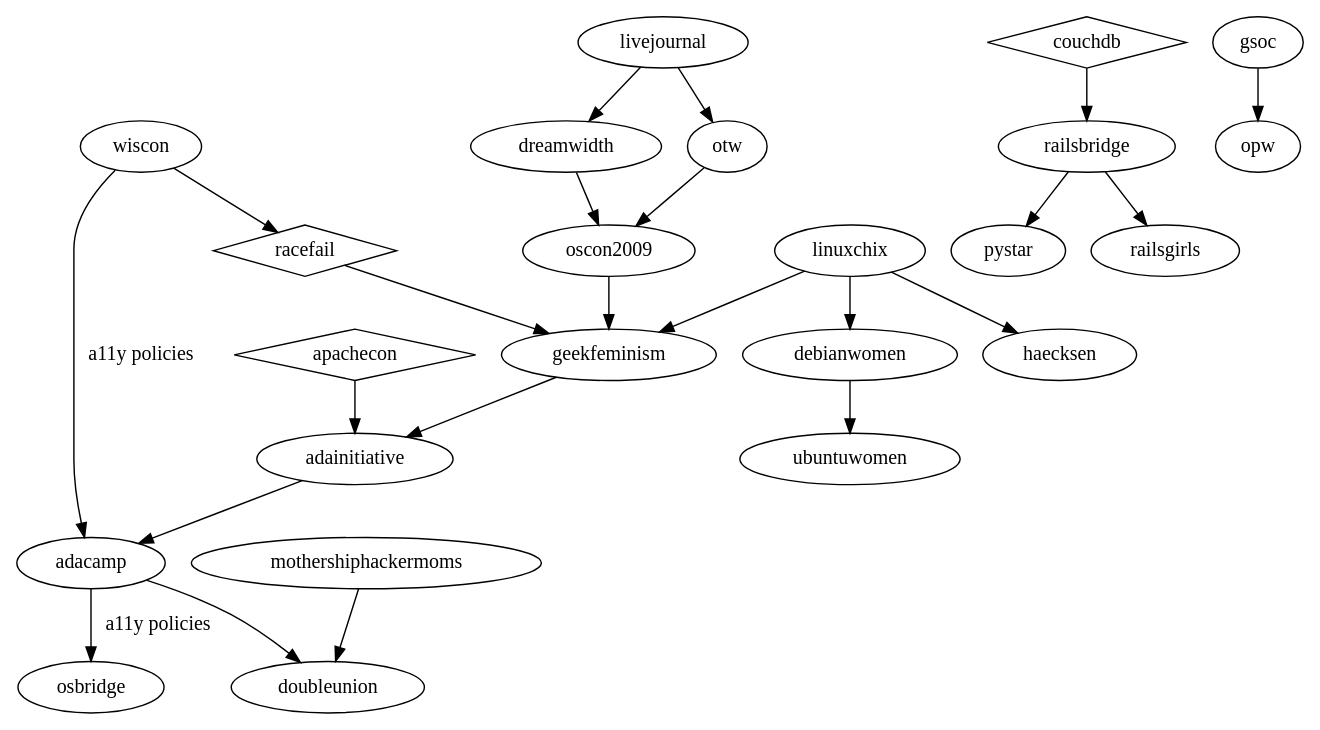
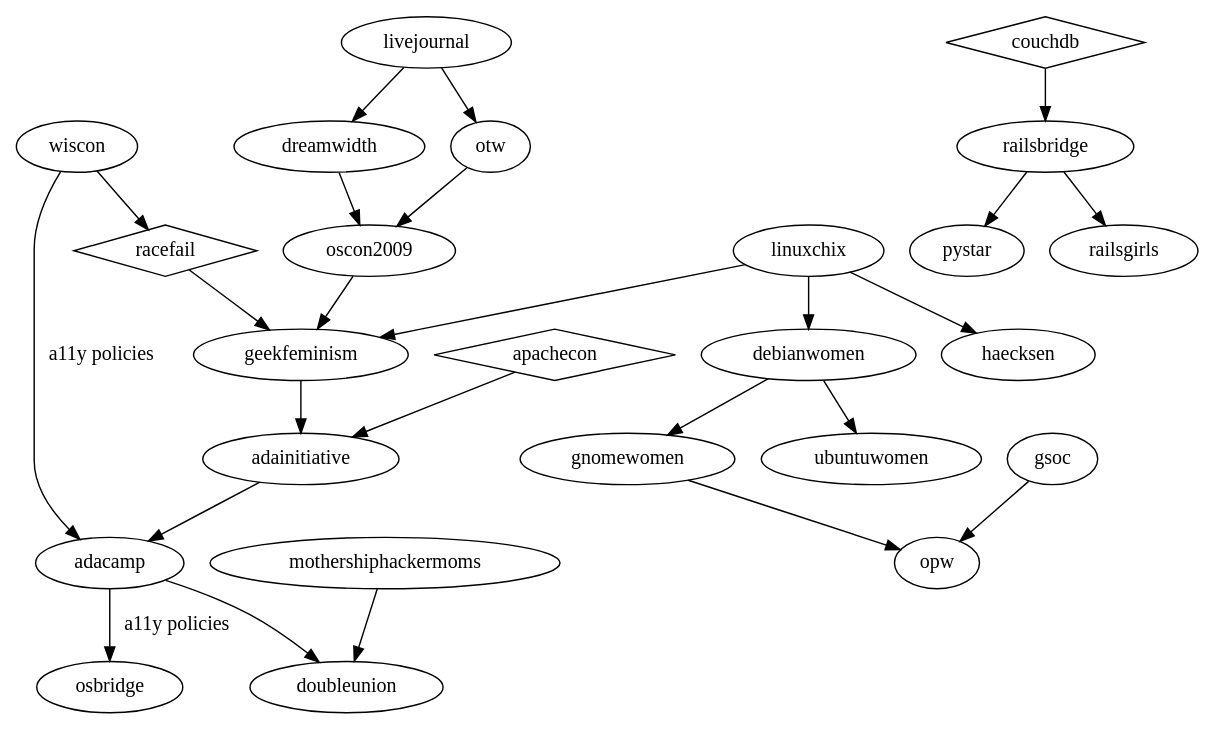
Before and after one commit to brainwane/gf-family-tree: the diagram in gfft.dot, drawn with Graphviz.

Commit message:
Add a few more influences on OPW

```diff
--- a/gfft.dot
+++ b/gfft.dot
@@ -1,65 +1,67 @@
 digraph G {
 
   /*
      The following shapes are used for different types of things:
      oval = geek feminist/women-in-tech/etc organisation
      diamond = event/incident (cf. GF wiki "Timeline of Incidents")
   */
 
   /* Skud set up the GF wiki in 2008, mostly inspired by earlier "women
    * in open source" communities such as linuxchix */
   linuxchix -> geekfeminism;
 
   /* in 2009, Racefail introduced Skud and other GF wiki contributors to
    * a lot of new ideas */
   racefail -> geekfeminism;
   racefail [shape=diamond];
 
   /* in 2010, the Noirin Plunkett's assault at ApacheCon triggered
    * discussions about anti-harassment that would lead to the formation
    * of the Ada Initiative */
   apachecon -> adainitiative;
   apachecon [shape=diamond];
 
   geekfeminism -> adainitiative;
   adainitiative -> adacamp;
 
   /* Adacamp was inspired in some ways by Wiscon, eg. accessibility */
   wiscon -> adacamp [label="a11y policies"];
   /* and then open source bridge picked up some of that from adacamp */
   adacamp -> osbridge [label="a11y policies"];
 
   /* DoubleUnion came out of AdaCamp SF in 2012 */
   adacamp -> doubleunion;
   /* pretty sure mothership hackermoms was also an inspiration? */
   mothershiphackermoms -> doubleunion;
 
   /* Various early women-in-open-source mailing lists etc */
   linuxchix -> debianwomen;
   debianwomen -> ubuntuwomen;
+  debianwomen -> gnomewomen;
 
   /* LinuxChix inspired the Haecksen miniconf at LCA */
   linuxchix -> haecksen;
 
   /* RailsBridge happened in response to the CouchDB incident at
    * GoGaRuCo */
   couchdb -> railsbridge;
   couchdb [shape=diamond];
   railsbridge -> pystar;
   railsbridge -> railsgirls;
 
+  gnomewomen -> opw;
   gsoc -> opw;
   wiscon -> racefail;
 
   /* Livejournal (esp. their fail) inspired DW and OTW */
   livejournal -> dreamwidth;
   livejournal -> otw;
 
   /* Dreamwidth and OTW inspired Skud's 2009 OSCON keynote */
   dreamwidth -> oscon2009;
   otw -> oscon2009;
 
   /* GF blog came out of the oscon2009 keynote, as a place to have
    * ongoing conversations */
   oscon2009 -> geekfeminism;
 }
```
